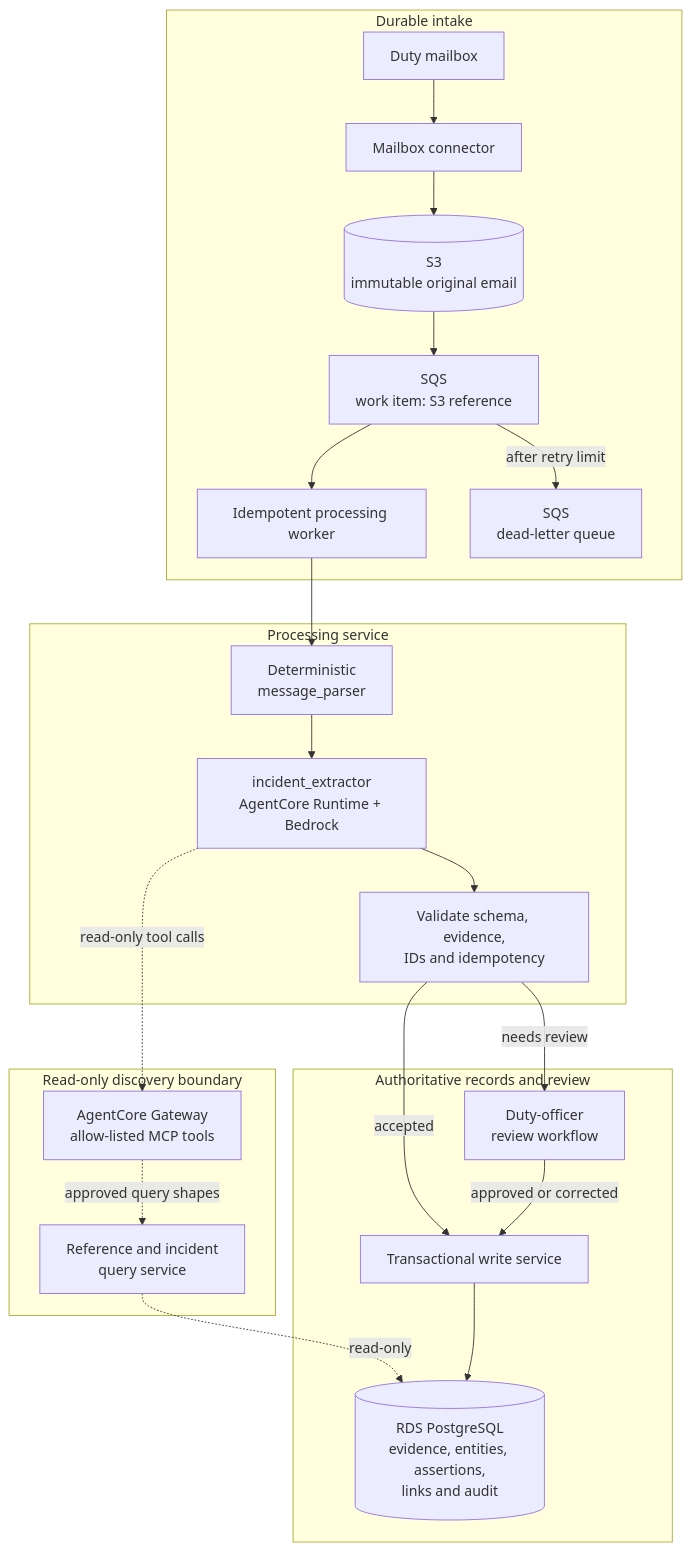
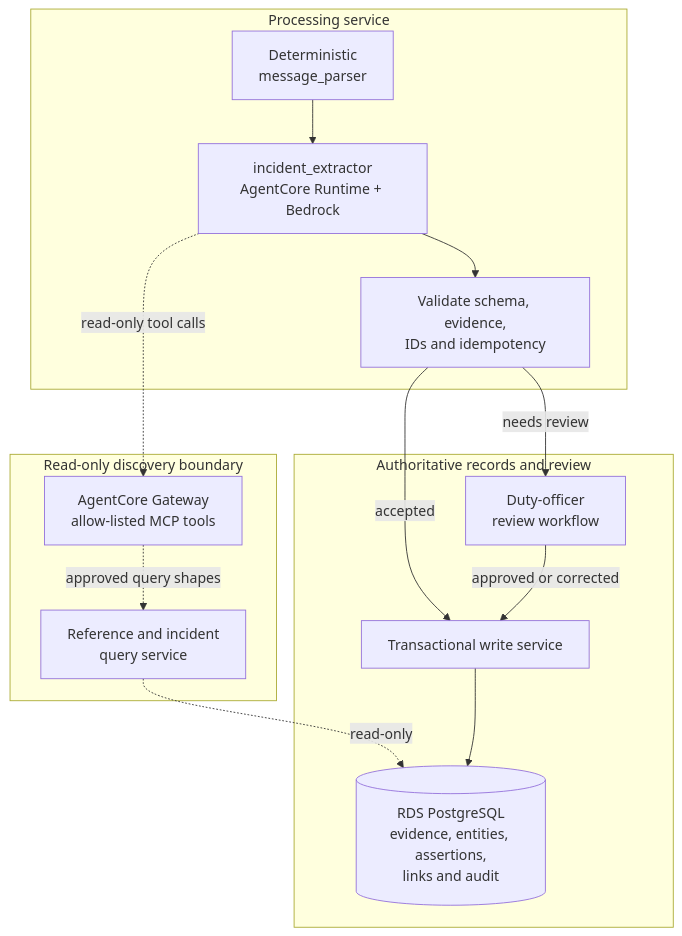
The third of 3 diagrams in DESIGN.md (florinmarcus/red-mle-technical-exercise), drawn with Mermaid before and after one commit. The commit also changed other lines of this file, not shown here.

First line of the commit message:
DESIGN.md: refine architecture, security boundary, and evaluation strategy

````diff
--- a/DESIGN.md
+++ b/DESIGN.md
@@ -34,35 +67,26 @@
 ```mermaid
 flowchart TB
-    subgraph Intake["Durable intake"]
-        Mailbox["Duty mailbox"] --> Capture["Mailbox connector"]
-        Capture --> Archive[("S3<br/>immutable original email")]
-        Archive --> Queue["SQS<br/>work item: S3 reference"]
-        Queue --> Worker["Idempotent processing worker"]
-        Queue -->|"after retry limit"| Dlq["SQS<br/>dead-letter queue"]
-    end
-
     subgraph Processing["Processing service"]
-        Worker --> Parser["Deterministic<br/>message_parser"]
-        Parser --> Extractor["incident_extractor<br/>AgentCore Runtime + Bedrock"]
+        Parser["Deterministic<br/>message_parser"] --> Extractor["incident_extractor<br/>AgentCore Runtime + Bedrock"]
         Extractor --> Validator["Validate schema, evidence,<br/>IDs and idempotency"]
     end
 
     subgraph Discovery["Read-only discovery boundary"]
         Gateway["AgentCore Gateway<br/>allow-listed MCP tools"]
         Query["Reference and incident<br/>query service"]
     end
 
     subgraph Authority["Authoritative records and review"]
         Writer["Transactional write service"]
         Database[("RDS PostgreSQL<br/>evidence, entities, assertions,<br/>links and audit")]
         Review["Duty-officer<br/>review workflow"]
     end
 
     Extractor -. "read-only tool calls" .-> Gateway
     Gateway -. "approved query shapes" .-> Query
     Query -. "read-only" .-> Database
     Validator -->|"accepted"| Writer
     Validator -->|"needs review"| Review
     Review -->|"approved or corrected"| Writer
     Writer --> Database
 ```
````
